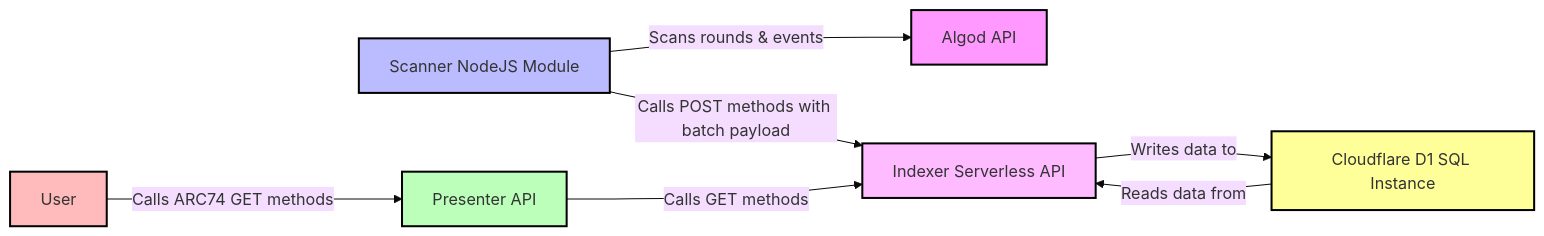
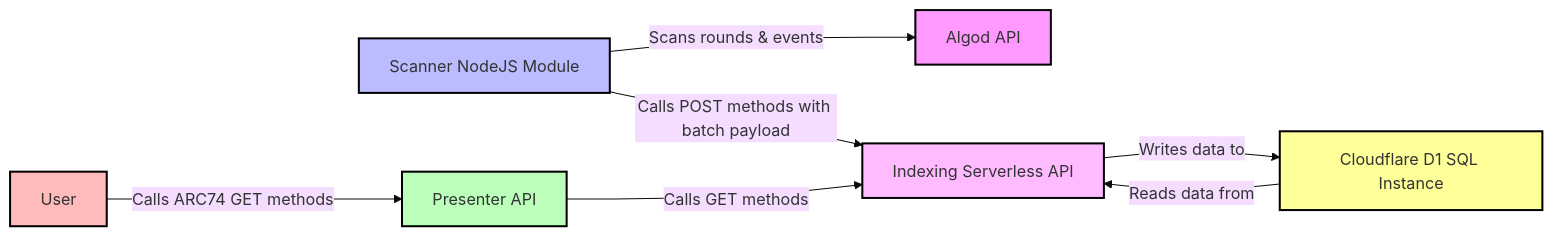
Before and after one commit to flippingalgos/voi-nft-indexer-api: the second of 2 diagrams in README.md, drawn with Mermaid (base theme). The commit also changed other lines of this file, not shown here.

````diff
--- a/README.md
+++ b/README.md
@@ -64,23 +64,23 @@
 ```mermaid
 flowchart LR
     AlgodAPI[Algod API]
     Scanner[Scanner NodeJS Module]
-    Indexer[Indexer Serverless API]
+    Indexing[Indexing Serverless API]
     Presenter[Presenter API]
     User[User]
     CloudflareD1[Cloudflare D1 SQL Instance]
 
     Scanner -->|Scans rounds & events| AlgodAPI
-    Scanner -->|Calls POST methods with batch payload| Indexer
-    Indexer -->|Writes data to| CloudflareD1
-    CloudflareD1 -->|Reads data from| Indexer
-    Presenter -->|Calls GET methods| Indexer
+    Scanner -->|Calls POST methods with batch payload| Indexing
+    Indexing -->|Writes data to| CloudflareD1
+    CloudflareD1 -->|Reads data from| Indexing
+    Presenter -->|Calls GET methods| Indexing
     User -->|Calls ARC74 GET methods| Presenter
 
     style AlgodAPI fill:#f9f,stroke:#000,stroke-width:2px
     style Scanner fill:#bbf,stroke:#000,stroke-width:2px
-    style Indexer fill:#fbf,stroke:#000,stroke-width:2px
+    style Indexing fill:#fbf,stroke:#000,stroke-width:2px
     style Presenter fill:#bfb,stroke:#000,stroke-width:2px
     style User fill:#fbb,stroke:#000,stroke-width:2px
     style CloudflareD1 fill:#ff9,stroke:#000,stroke-width:2px
   ```
````
